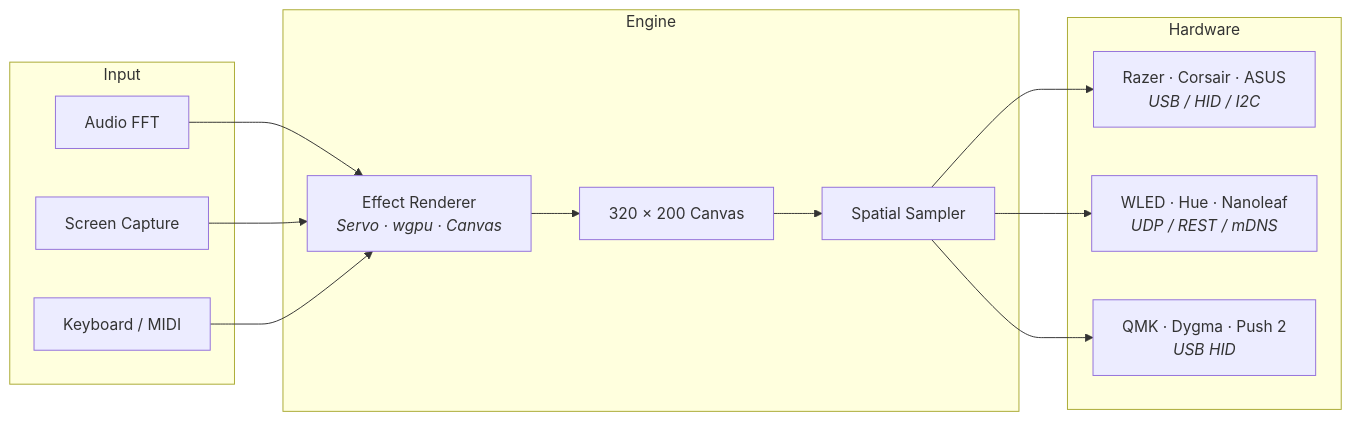
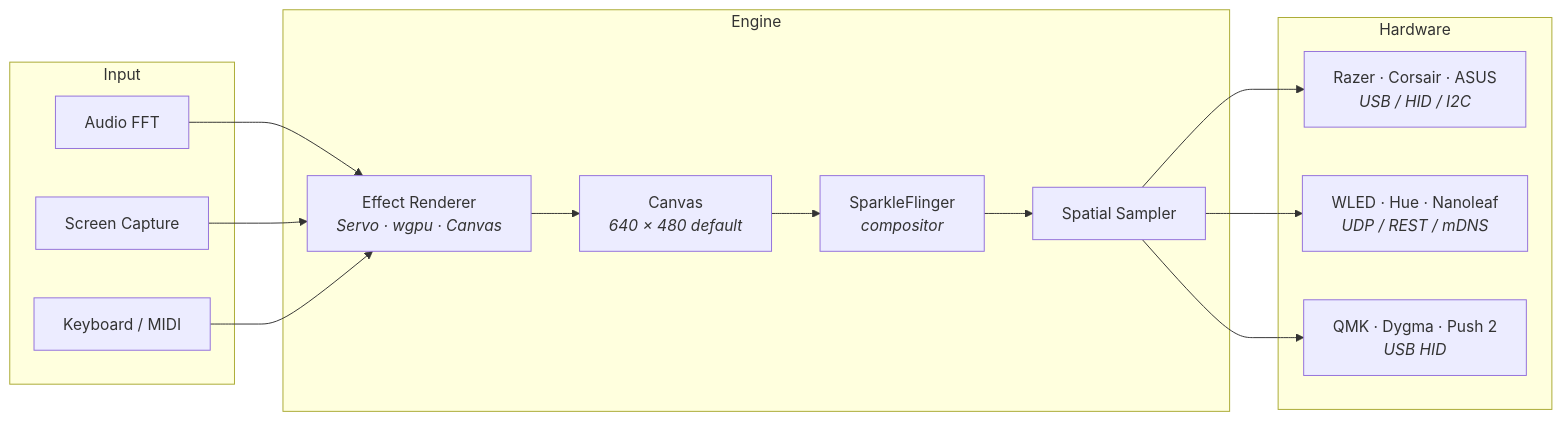
One commit to hyperb1iss/hypercolor changed the first of 2 diagrams in README.md. Above: the diagram before and after it, drawn with Mermaid. The commit also changed other lines of this file and 1 other file, not shown here.

First line of the commit message:
docs(architecture): name sparkleflinger and reflect 640x480 canvas default

````diff
--- a/README.md
+++ b/README.md
@@ -57,24 +57,25 @@
 ```mermaid
 graph LR
     subgraph Input
         A[Audio FFT]
         B[Screen Capture]
         C[Keyboard / MIDI]
     end
 
     subgraph Engine
         D[Effect Renderer<br><i>Servo · wgpu · Canvas</i>]
-        E[320 × 200 Canvas]
+        E[Canvas<br><i>640 × 480 default</i>]
+        SF[SparkleFlinger<br><i>compositor</i>]
         F[Spatial Sampler]
     end
 
     subgraph Hardware
         G[Razer · Corsair · ASUS<br><i>USB / HID / I2C</i>]
         H[WLED · Hue · Nanoleaf<br><i>UDP / REST / mDNS</i>]
         I[QMK · Dygma · Push 2<br><i>USB HID</i>]
     end
 
     A & B & C --> D
-    D --> E --> F
+    D --> E --> SF --> F
     F --> G & H & I
 ```
````
